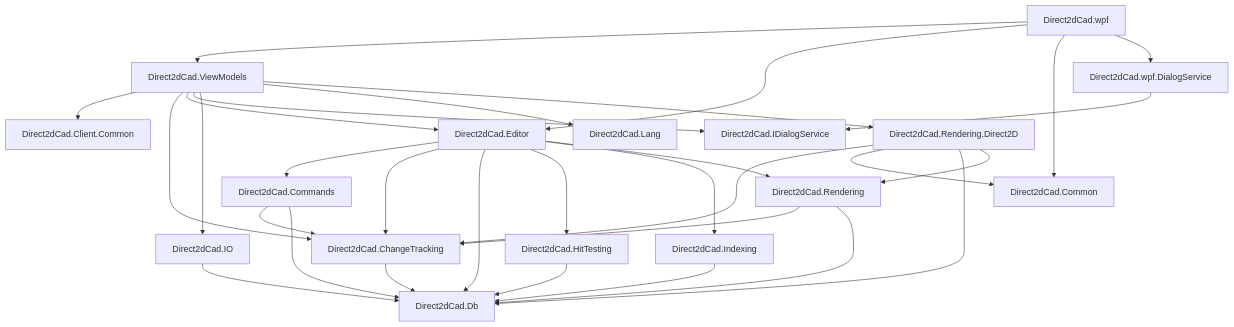
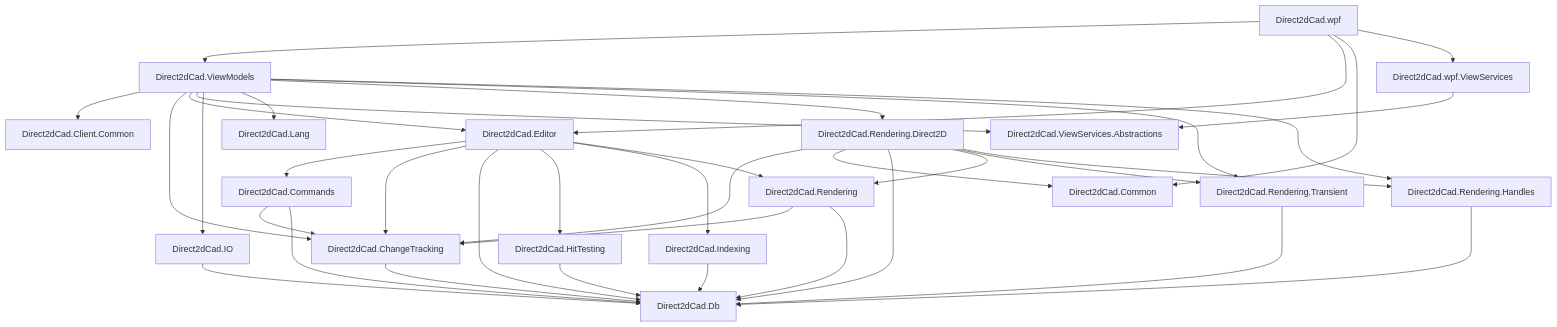
The second of 2 diagrams in README.md (yoi102/Direct2dCad), drawn with Mermaid before and after one commit. The commit also changed other lines of this file and 35 other files, not shown here.

````diff
--- a/README.md
+++ b/README.md
@@ -56,57 +56,65 @@
 ```mermaid
 flowchart TD
     WPF["Direct2dCad.wpf"]
     VM["Direct2dCad.ViewModels"]
-    WpfDialog["Direct2dCad.wpf.DialogService"]
-    IDialog["Direct2dCad.IDialogService"]
+    WpfViewServices["Direct2dCad.wpf.ViewServices"]
+    ViewServices["Direct2dCad.ViewServices.Abstractions"]
     Editor["Direct2dCad.Editor"]
     Commands["Direct2dCad.Commands"]
     ChangeTracking["Direct2dCad.ChangeTracking"]
     Db["Direct2dCad.Db"]
     IO["Direct2dCad.IO"]
     Rendering["Direct2dCad.Rendering"]
+    Transient["Direct2dCad.Rendering.Transient"]
+    Handles["Direct2dCad.Rendering.Handles"]
     Direct2D["Direct2dCad.Rendering.Direct2D"]
     HitTesting["Direct2dCad.HitTesting"]
     Indexing["Direct2dCad.Indexing"]
     Common["Direct2dCad.Common"]
     ClientCommon["Direct2dCad.Client.Common"]
     Lang["Direct2dCad.Lang"]
 
     WPF --> VM
     WPF --> Editor
     WPF --> Common
-    WPF --> WpfDialog
+    WPF --> WpfViewServices
 
-    WpfDialog --> IDialog
+    WpfViewServices --> ViewServices
 
     VM --> ClientCommon
     VM --> ChangeTracking
     VM --> Editor
-    VM --> IDialog
+    VM --> ViewServices
     VM --> IO
     VM --> Lang
     VM --> Direct2D
+    VM --> Transient
+    VM --> Handles
 
     Editor --> Commands
     Editor --> ChangeTracking
     Editor --> Db
     Editor --> HitTesting
     Editor --> Indexing
     Editor --> Rendering
 
     ChangeTracking --> Db
 
     Commands --> ChangeTracking
     Commands --> Db
     IO --> Db
     HitTesting --> Db
     Indexing --> Db
 
     Rendering --> ChangeTracking
     Rendering --> Db
+    Transient --> Db
+    Handles --> Db
 
     Direct2D --> ChangeTracking
     Direct2D --> Common
     Direct2D --> Db
     Direct2D --> Rendering
+    Direct2D --> Transient
+    Direct2D --> Handles
 ```
````
